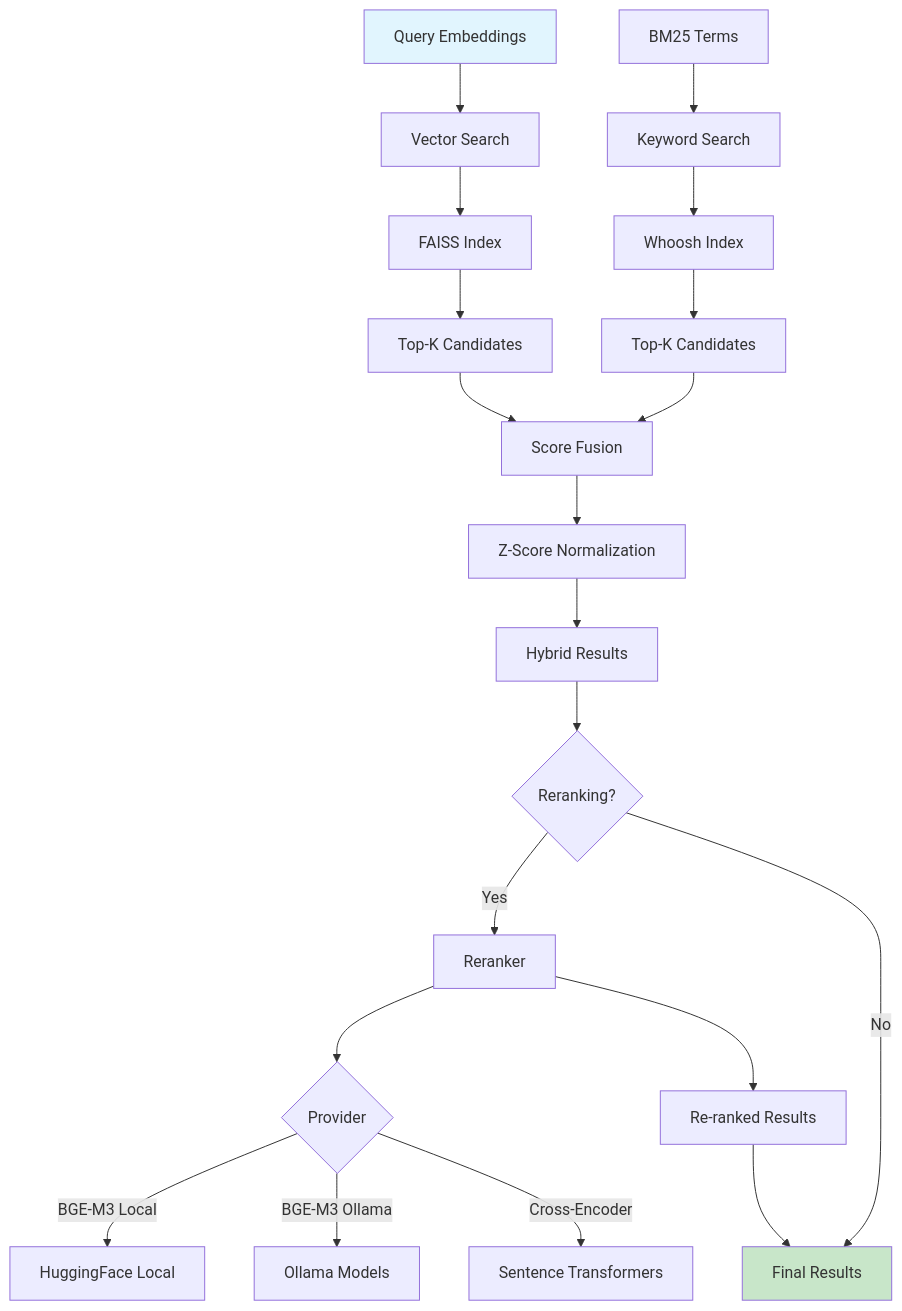
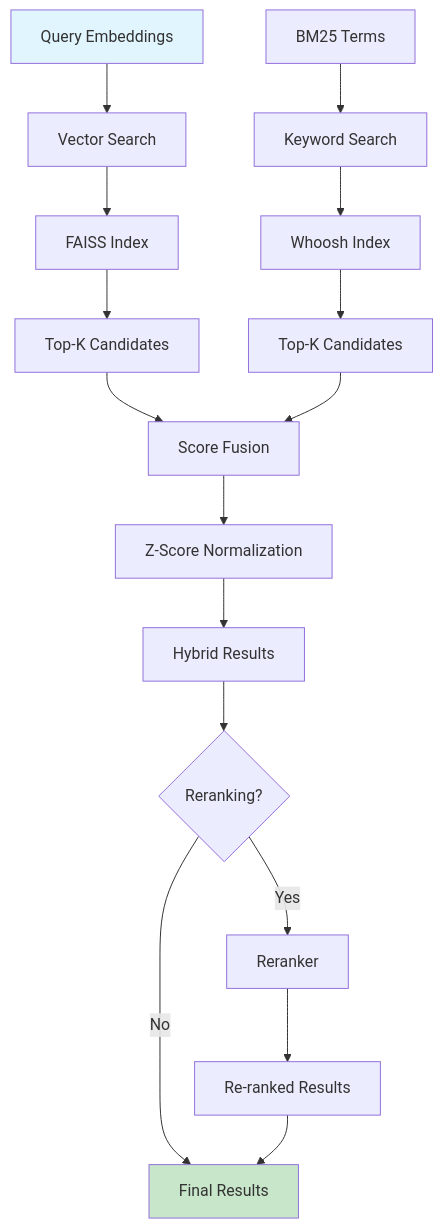
The fourth of 5 diagrams in README.md (Flowerf19/RAG), drawn with Mermaid before and after one commit. The commit also changed other lines of this file, not shown here.

````diff
--- a/README.md
+++ b/README.md
@@ -167,30 +161,25 @@
 ```mermaid
 graph TD
     A[Query Embeddings] --> B[Vector Search]
     B --> C[FAISS Index]
     C --> D[Top-K Candidates]
 
     E[BM25 Terms] --> F[Keyword Search]
     F --> G[Whoosh Index]
     G --> H[Top-K Candidates]
 
     D --> I[Score Fusion]
     H --> I
     I --> J[Z-Score Normalization]
     J --> K[Hybrid Results]
 
     K --> L{Reranking?}
     L -->|Yes| M[Reranker]
     L -->|No| N[Final Results]
 
-    M --> O{Provider}
-    O -->|BGE-M3 Local| P[HuggingFace Local]
-    O -->|BGE-M3 Ollama| Q[Ollama Models]
-    O -->|Cross-Encoder| R[Sentence Transformers]
-
     M --> S[Re-ranked Results]
     S --> N
 
     style A fill:#e1f5fe
     style N fill:#c8e6c9
 ```
````
